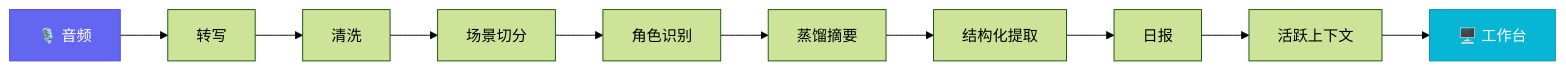
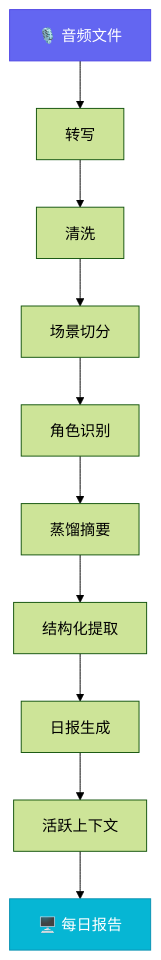
Before and after one commit to openmy-ai/openmy: the diagram in README.md, drawn with Mermaid (forest theme). The commit also changed other lines of this file and 1 other file, not shown here.

Commit message:
docs: README v3 — 纵向流程图+聚焦功能说明+砍实现细节

````diff
--- a/README.md
+++ b/README.md
@@ -51,15 +36,15 @@
 ```mermaid
-graph LR
-    A[🎙️ 音频] --> B[转写]
-    B --> C[清洗]
-    C --> D[场景切分]
-    D --> E[角色识别]
-    E --> F[蒸馏摘要]
-    F --> G[结构化提取]
-    G --> H[日报]
-    H --> I[活跃上下文]
-    I --> J[🖥️ 工作台]
+graph TD
+    A["🎙️ 音频文件"] --> B["转写"]
+    B --> C["清洗"]
+    C --> D["场景切分"]
+    D --> E["角色识别"]
+    E --> F["蒸馏摘要"]
+    F --> G["结构化提取"]
+    G --> H["日报生成"]
+    H --> I["活跃上下文"]
+    I --> J["🖥️ 每日报告"]
 
     style A fill:#6366f1,stroke:#4f46e5,color:#fff
     style J fill:#06b6d4,stroke:#0891b2,color:#fff
 ```
````
